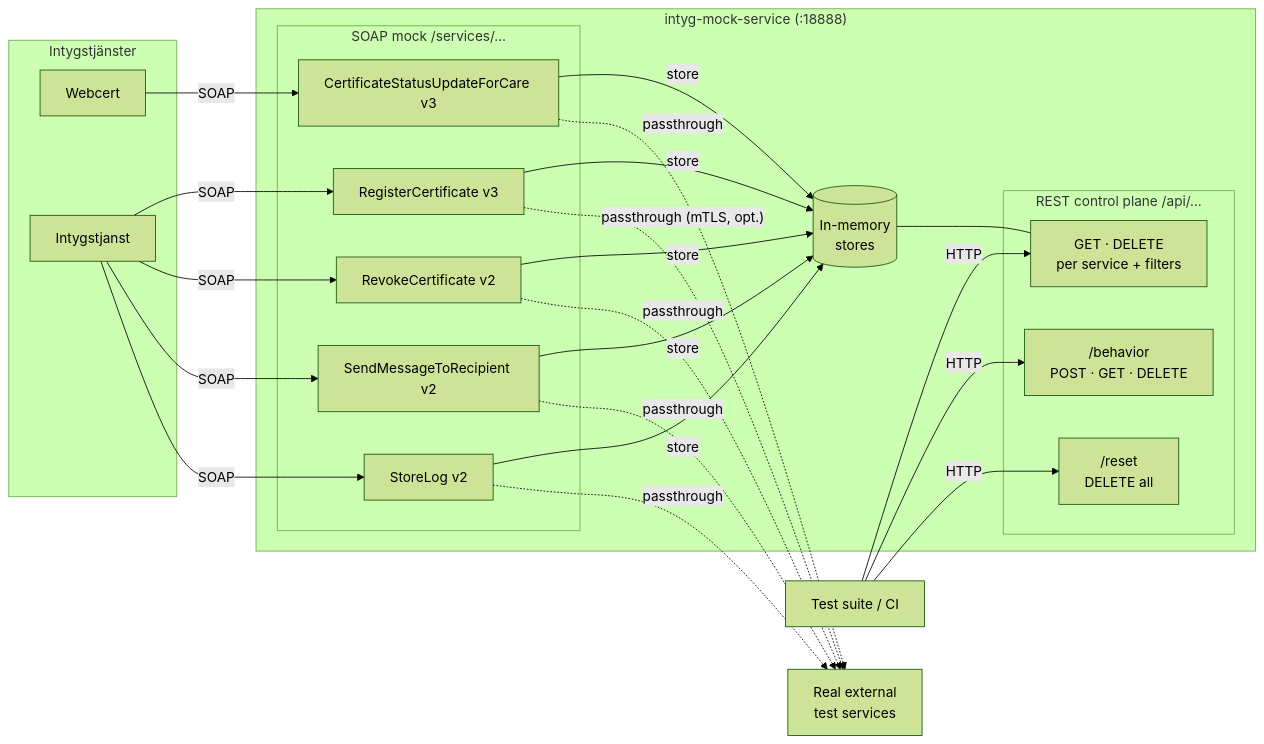
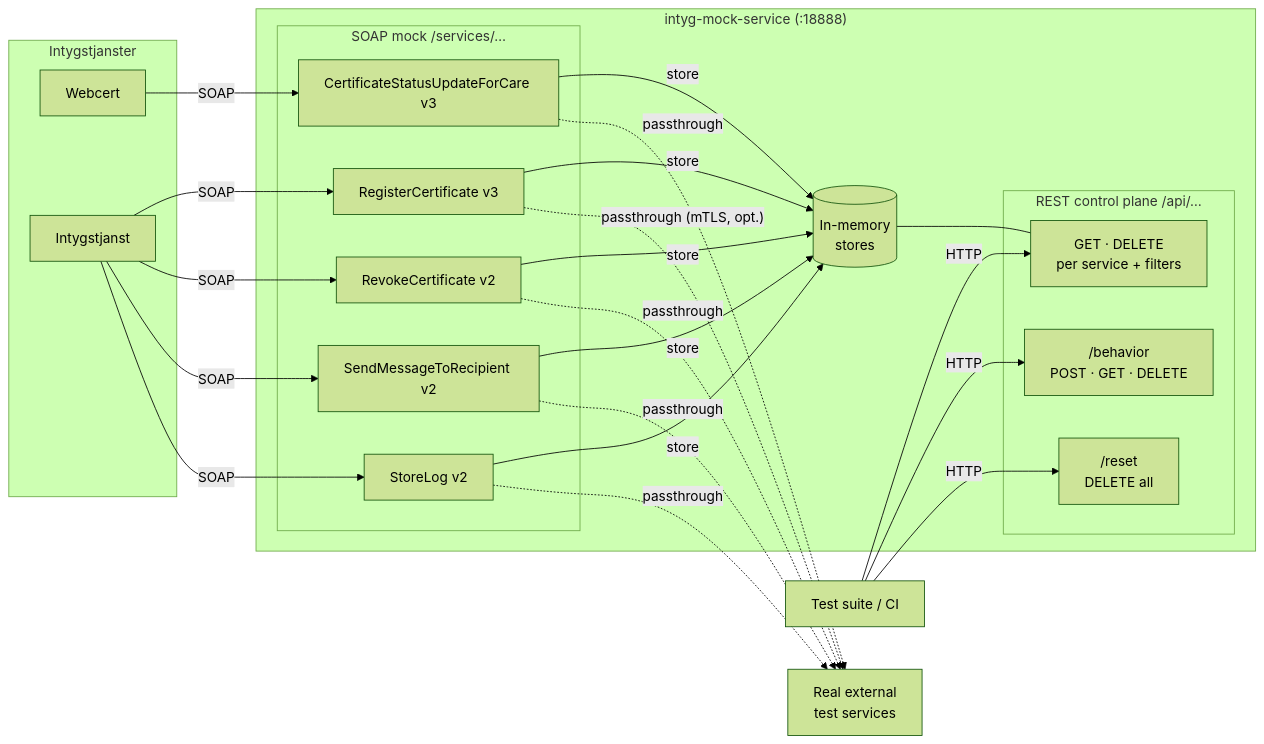
One commit to sklintyg/intyg-mock-service changed the first of 3 diagrams in README.md. Above: the diagram before and after it, drawn with Mermaid (forest theme). The commit also changed other lines of this file, not shown here.

````diff
--- a/README.md
+++ b/README.md
@@ -30,47 +100,47 @@
 ```mermaid
 flowchart LR
-    subgraph callers["Intygstjänster"]
+    subgraph callers["Intygstjanster"]
         Webcert
         Intygstjanst
     end
 
     subgraph mock["intyg-mock-service (:18888)"]
         subgraph soap["SOAP mock /services/…"]
             RC["RegisterCertificate v3"]
             RvC["RevokeCertificate v2"]
             SMTR["SendMessageToRecipient v2"]
             CSUFC["CertificateStatusUpdateForCare v3"]
             SL["StoreLog v2"]
         end
 
         db[("In-memory\nstores")]
 
         subgraph rest["REST control plane /api/…"]
             inspect["GET · DELETE\nper service + filters"]
             behavior["/behavior\nPOST · GET · DELETE"]
             reset["/reset\nDELETE all"]
         end
     end
 
     ExtSvc["Real external\ntest services"]
     TestClient["Test suite / CI"]
     Webcert -->|SOAP| CSUFC
     Intygstjanst -->|SOAP| RC
     Intygstjanst -->|SOAP| RvC
     Intygstjanst -->|SOAP| SMTR
     Intygstjanst -->|SOAP| SL
     RC -->|store| db
     RvC -->|store| db
     SMTR -->|store| db
     CSUFC -->|store| db
     SL -->|store| db
     db --- inspect
     TestClient -->|HTTP| inspect
     TestClient -->|HTTP| behavior
     TestClient -->|HTTP| reset
     RC -.->|" passthrough (mTLS, opt.) "| ExtSvc
     RvC -.->|passthrough| ExtSvc
     SMTR -.->|passthrough| ExtSvc
     CSUFC -.->|passthrough| ExtSvc
     SL -.->|passthrough| ExtSvc
 ```
````
